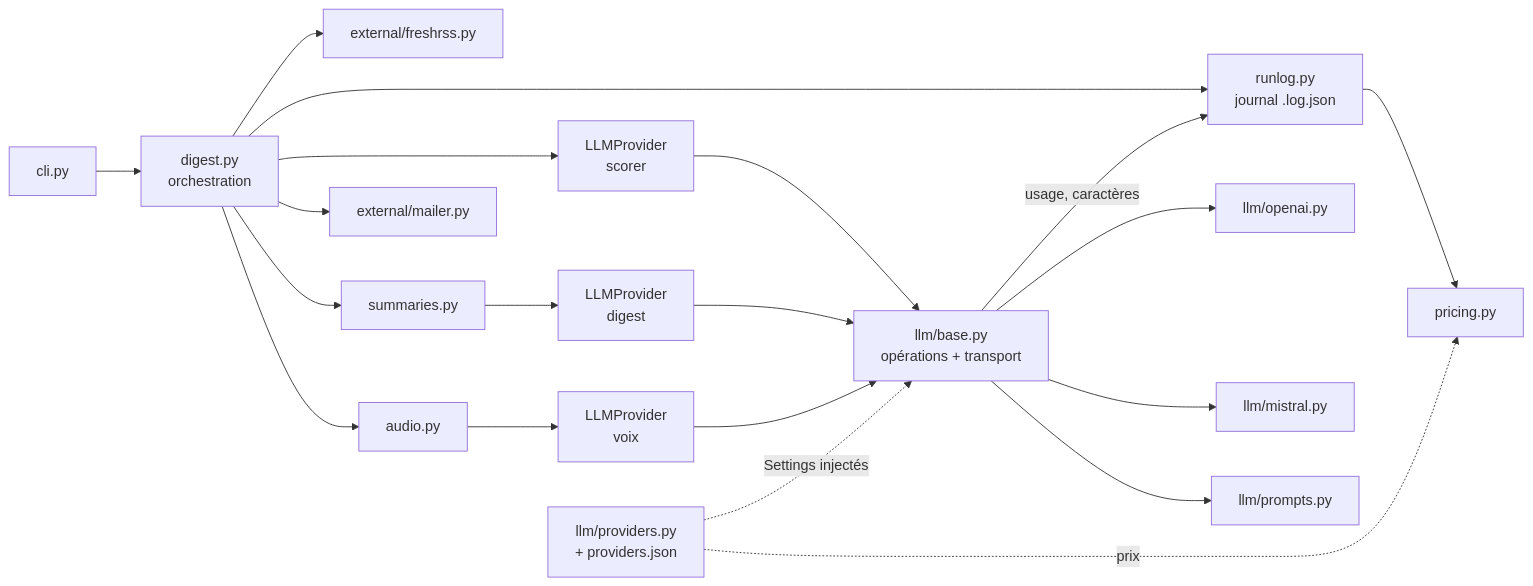
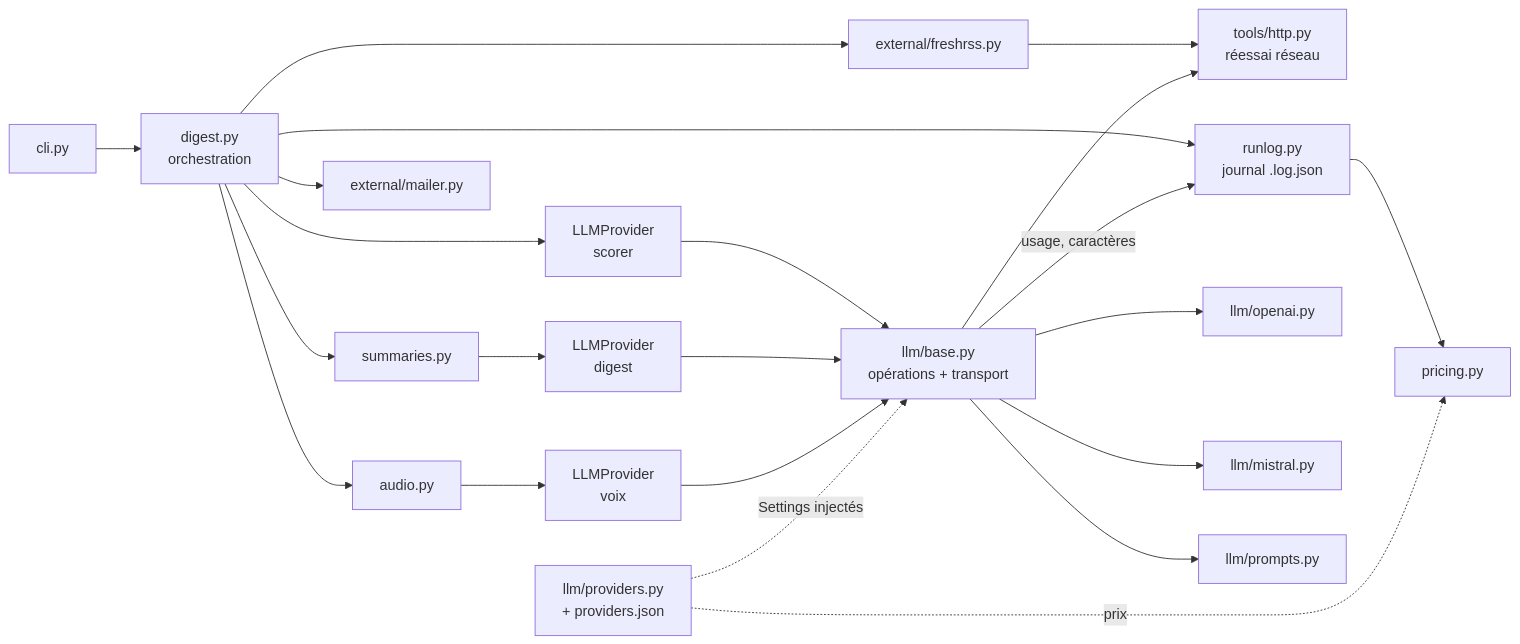
One commit to odrix/RSSResume changed the second of 2 diagrams in FONCTIONNEMENT.md. Above: the diagram before and after it, drawn with Mermaid. The commit also changed other lines of this file and 25 other files, not shown here.

````diff
--- a/FONCTIONNEMENT.md
+++ b/FONCTIONNEMENT.md
@@ -675,20 +742,22 @@
 ```mermaid
 flowchart LR
     CLI[cli.py] --> DIG[digest.py<br/>orchestration]
     DIG --> FR[external/freshrss.py]
+    FR --> HTTP[tools/http.py<br/>réessai réseau]
     DIG --> SU[summaries.py]
     DIG --> AU[audio.py]
     DIG --> MA[external/mailer.py]
     DIG --> RL[runlog.py<br/>journal .log.json]
     DIG --> SC[LLMProvider<br/>scorer]
     SU --> LLMP[LLMProvider<br/>digest]
     AU --> TTS[LLMProvider<br/>voix]
     SC & LLMP & TTS --> BASE[llm/base.py<br/>opérations + transport]
     BASE --> OAI[llm/openai.py]
     BASE --> MIS[llm/mistral.py]
     BASE --> PRO[llm/prompts.py]
+    BASE --> HTTP
     BASE -->|usage, caractères| RL
     CFG[llm/providers.py<br/>+ providers.json] -.->|Settings injectés| BASE
     RL --> PRI[pricing.py]
     CFG -.->|prix| PRI
 ```
````
